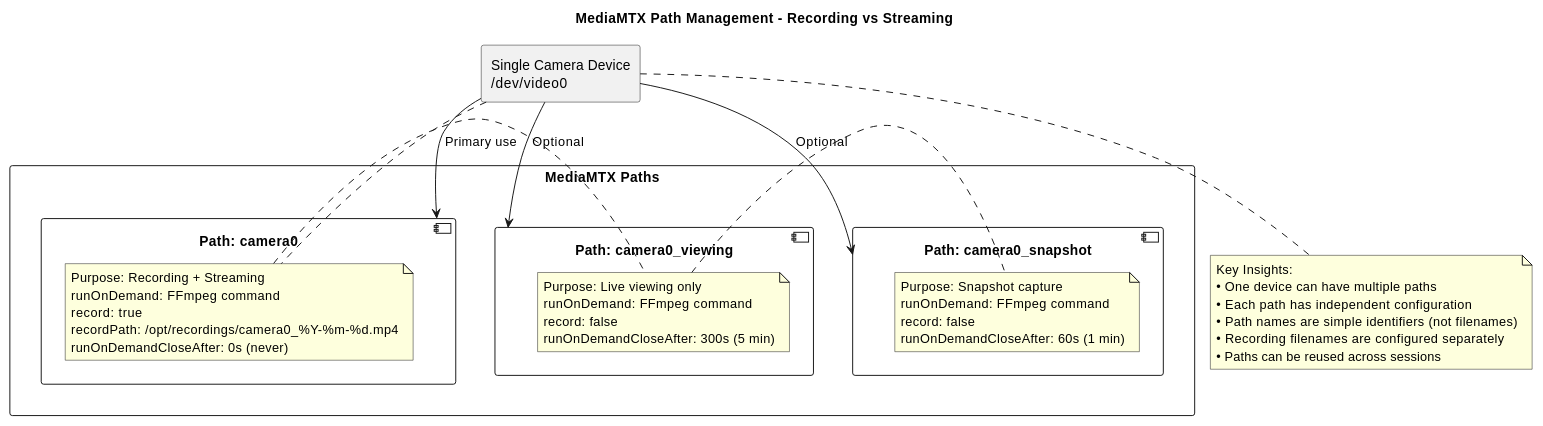
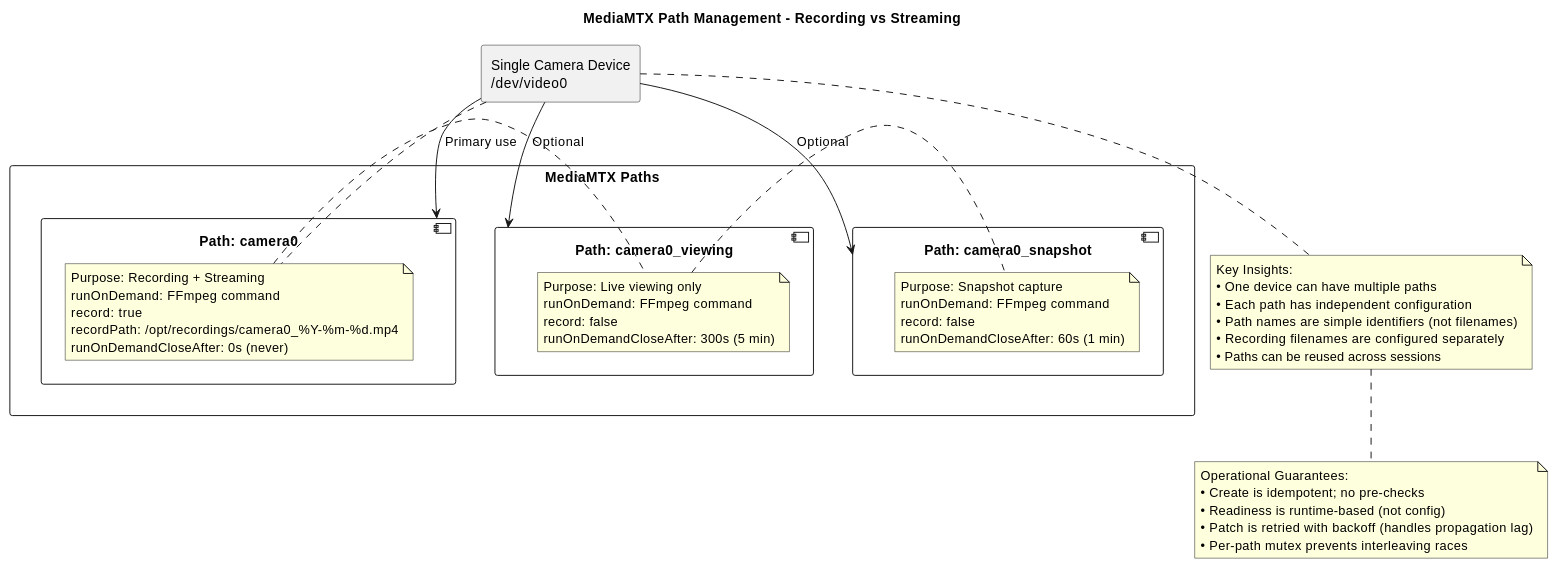
One commit to CarlosSprekelsen/CameraRecorder changed diagram 15 of 25 in mediamtx-camera-service-go/docs/architecture/go-architecture-guide.md. Above: the diagram before and after it, drawn with PlantUML. The commit also changed other lines of this file and 4 other files, not shown here.

````diff
--- a/mediamtx-camera-service-go/docs/architecture/go-architecture-guide.md
+++ b/mediamtx-camera-service-go/docs/architecture/go-architecture-guide.md
@@ -637,51 +705,59 @@
 ```plantuml
 @startuml PathManagement
 title MediaMTX Path Management - Recording vs Streaming
 
 rectangle "Single Camera Device\n/dev/video0" as device
 
 rectangle "MediaMTX Paths" {
     component "Path: camera0" as path1 {
         note right
         Purpose: Recording + Streaming
         runOnDemand: FFmpeg command
         record: true
         recordPath: /opt/recordings/camera0_%Y-%m-%d.mp4
         runOnDemandCloseAfter: 0s (never)
         end note
     }
     
     component "Path: camera0_viewing" as path2 {
         note right
         Purpose: Live viewing only
         runOnDemand: FFmpeg command
         record: false
         runOnDemandCloseAfter: 300s (5 min)
         end note
     }
     
     component "Path: camera0_snapshot" as path3 {
         note right
         Purpose: Snapshot capture
         runOnDemand: FFmpeg command
         record: false
         runOnDemandCloseAfter: 60s (1 min)
         end note
     }
 }
 
 device --> path1 : Primary use
 device --> path2 : Optional
 device --> path3 : Optional
 
 note bottom of device
 Key Insights:
 • One device can have multiple paths
 • Each path has independent configuration
 • Path names are simple identifiers (not filenames)
 • Recording filenames are configured separately
 • Paths can be reused across sessions
 end note
 
+note bottom
+Operational Guarantees:
+• Create is idempotent; no pre-checks
+• Readiness is runtime-based (not config)
+• Patch is retried with backoff (handles propagation lag)
+• Per-path mutex prevents interleaving races
+end note
+
 @enduml
 ```
````
